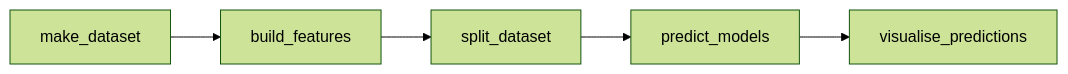
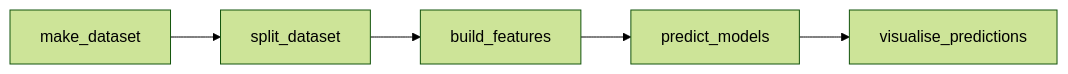
The second of 2 diagrams in README.md (csanry/aml), drawn with Mermaid (forest theme) before and after one commit. The commit also changed other lines of this file, not shown here.

````diff
--- a/README.md
+++ b/README.md
@@ -38,4 +38,4 @@
 ```mermaid
 graph LR;    
-   make_dataset --> build_features --> split_dataset--> predict_models --> visualise_predictions
+   make_dataset --> split_dataset --> build_features--> predict_models --> visualise_predictions
 ```
````
